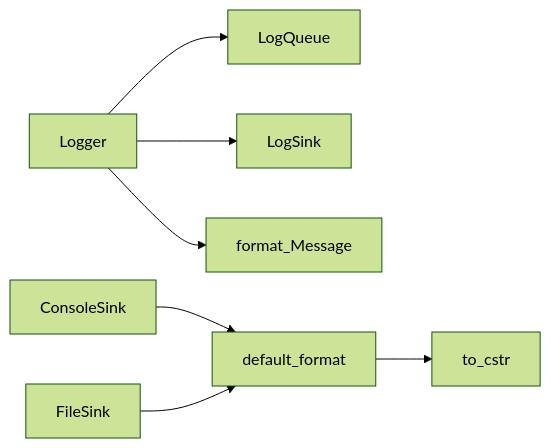
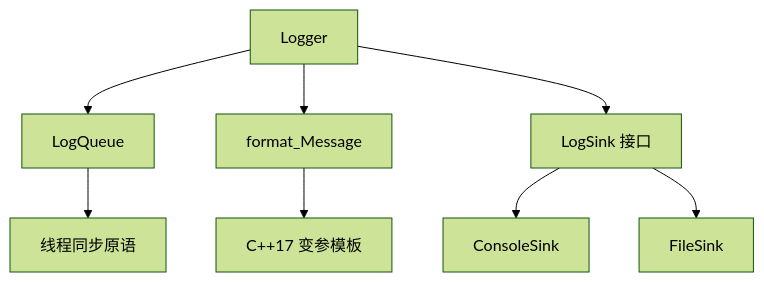
Before and after one commit to Lukad77/awr1843-radar-toolkit: the seventh of 7 diagrams in .qoder/repowiki/zh/content/日志系统.md, drawn with Mermaid (forest theme). The commit also changed other lines of this file and 106 other files, not shown here.

````diff
--- a/.qoder/repowiki/zh/content/日志系统.md
+++ b/.qoder/repowiki/zh/content/日志系统.md
@@ -271,9 +258,10 @@
 ```mermaid
-graph LR
-Logger --> LogQueue
-Logger --> LogSink
-Logger --> format_Message
-ConsoleSink --> default_format
-FileSink --> default_format
-default_format --> to_cstr
+graph TB
+Logger["Logger"] --> LogQueue["LogQueue"]
+Logger --> Formatter["format_Message"]
+Logger --> LogSink["LogSink 接口"]
+LogQueue --> ThreadSync["线程同步原语"]
+Formatter --> VarArgs["C++17 变参模板"]
+LogSink --> ConsoleSink["ConsoleSink"]
+LogSink --> FileSink["FileSink"]
 ```
````
